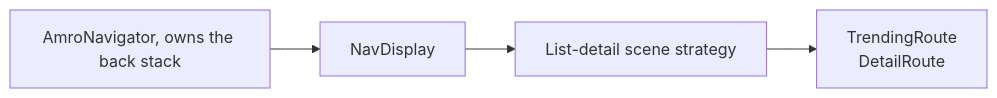
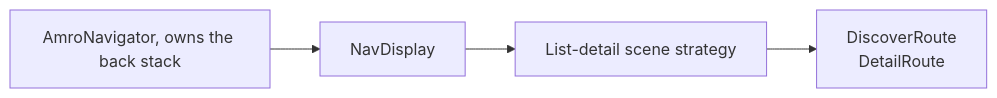
Before and after one commit to shayanhimself/AMRO: the third of 3 diagrams in docs/architecture.md, drawn with Mermaid. The commit also changed other lines of this file and 202 other files, not shown here.

Commit message:
add pagination / switch trending to discover

````diff
--- a/docs/architecture.md
+++ b/docs/architecture.md
@@ -141,6 +141,6 @@
 ```mermaid
 graph LR
     Nav["AmroNavigator, owns the back stack"] --> Display["NavDisplay"]
     Display --> Scene["List-detail scene strategy"]
-    Scene --> Routes["TrendingRoute<br/>DetailRoute"]
+    Scene --> Routes["DiscoverRoute<br/>DetailRoute"]
 ```
````
